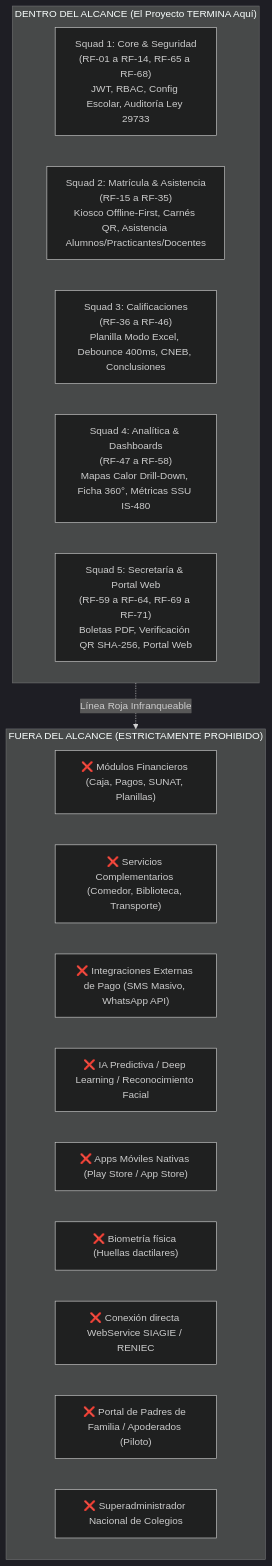
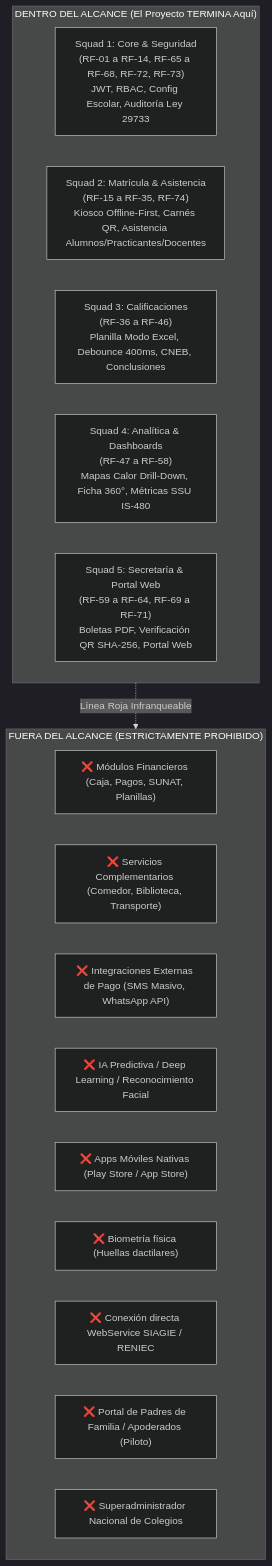
One commit to Eduardo-Sebastian-Paipay-Vega/school-management-system changed the diagram in D - Base 1 - 01092026/Fase 2/limites_y_alcance_proyecto.md. Above: the diagram before and after it, drawn with Mermaid (dark theme). The commit also changed other lines of this file and 23 other files, not shown here.

````diff
--- a/D - Base 1 - 01092026/Fase 2/limites_y_alcance_proyecto.md
+++ b/D - Base 1 - 01092026/Fase 2/limites_y_alcance_proyecto.md
@@ -24,24 +24,24 @@
 ```mermaid
 graph TD
     subgraph IN_SCOPE["DENTRO DEL ALCANCE (El Proyecto TERMINA Aquí)"]
-        S1["Squad 1: Core & Seguridad<br>(RF-01 a RF-14, RF-65 a RF-68)<br>JWT, RBAC, Config Escolar, Auditoría Ley 29733"]
-        S2["Squad 2: Matrícula & Asistencia<br>(RF-15 a RF-35)<br>Kiosco Offline-First, Carnés QR, Asistencia Alumnos/Practicantes/Docentes"]
+        S1["Squad 1: Core & Seguridad<br>(RF-01 a RF-14, RF-65 a RF-68, RF-72, RF-73)<br>JWT, RBAC, Config Escolar, Auditoría Ley 29733"]
+        S2["Squad 2: Matrícula & Asistencia<br>(RF-15 a RF-35, RF-74)<br>Kiosco Offline-First, Carnés QR, Asistencia Alumnos/Practicantes/Docentes"]
         S3["Squad 3: Calificaciones<br>(RF-36 a RF-46)<br>Planilla Modo Excel, Debounce 400ms, CNEB, Conclusiones"]
         S4["Squad 4: Analítica & Dashboards<br>(RF-47 a RF-58)<br>Mapas Calor Drill-Down, Ficha 360°, Métricas SSU IS-480"]
         S5["Squad 5: Secretaría & Portal Web<br>(RF-59 a RF-64, RF-69 a RF-71)<br>Boletas PDF, Verificación QR SHA-256, Portal Web"]
     end
 
     subgraph OUT_OF_SCOPE["FUERA DEL ALCANCE (ESTRICTAMENTE PROHIBIDO)"]
         O1["❌ Módulos Financieros (Caja, Pagos, SUNAT, Planillas)"]
         O2["❌ Servicios Complementarios (Comedor, Biblioteca, Transporte)"]
         O3["❌ Integraciones Externas de Pago (SMS Masivo, WhatsApp API)"]
         O4["❌ IA Predictiva / Deep Learning / Reconocimiento Facial"]
         O5["❌ Apps Móviles Nativas (Play Store / App Store)"]
         O6["❌ Biometría física (Huellas dactilares)"]
         O7["❌ Conexión directa WebService SIAGIE / RENIEC"]
         O8["❌ Portal de Padres de Familia / Apoderados (Piloto)"]
         O9["❌ Superadministrador Nacional de Colegios"]
     end
 
     IN_SCOPE -.->|"Línea Roja Infranqueable"| OUT_OF_SCOPE
 ```
````
